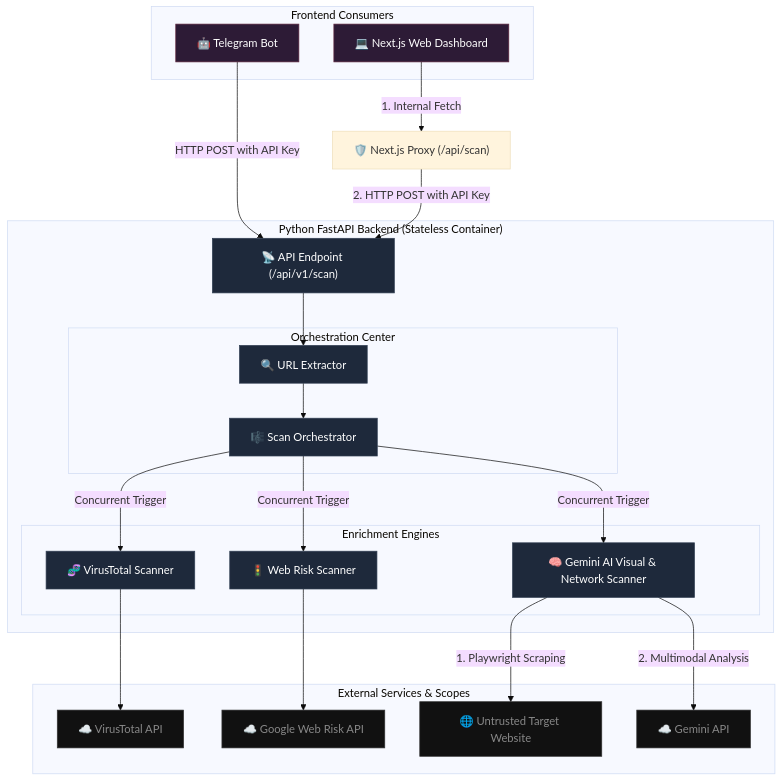
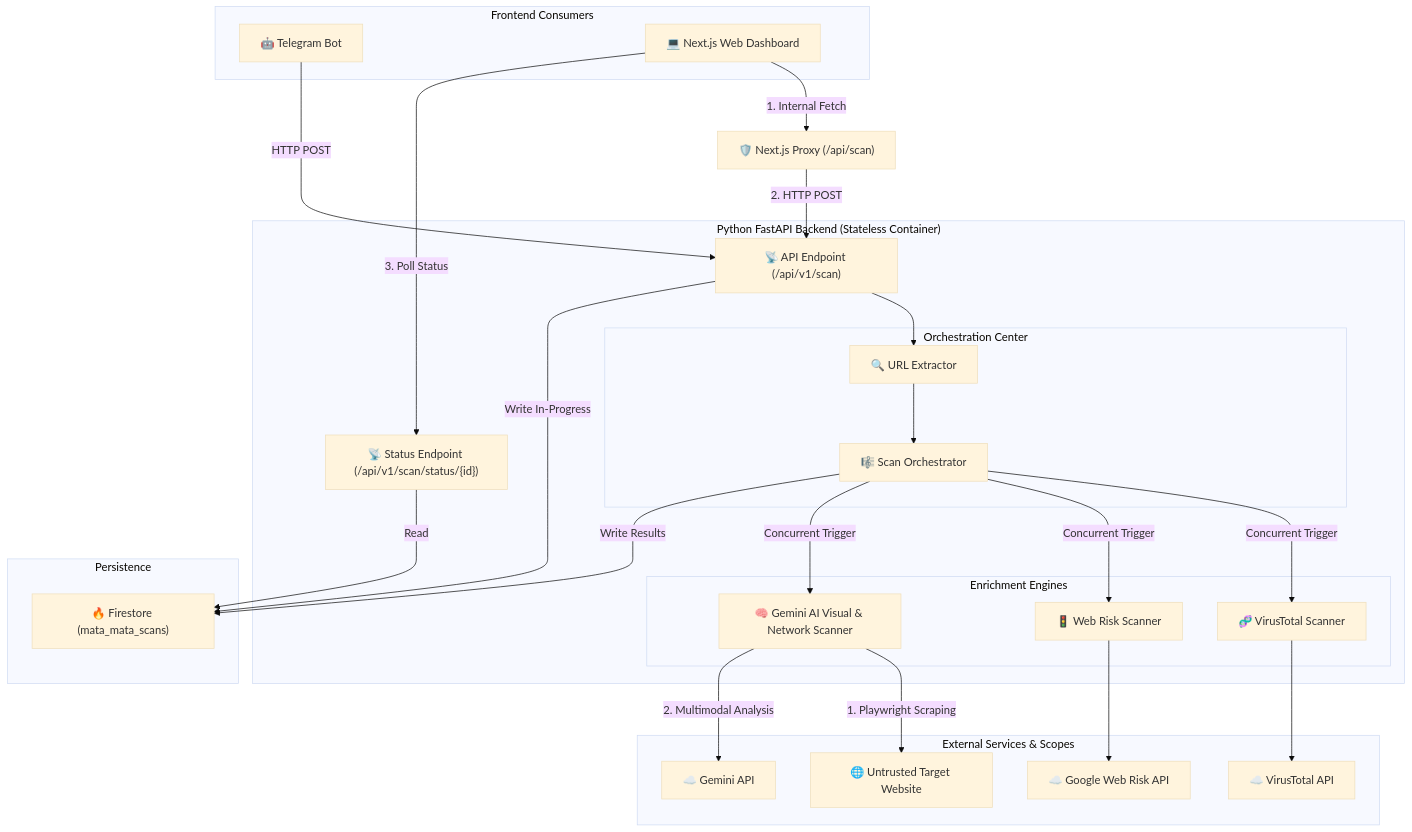
One commit to repulsivityy/project_mata_mata changed the first of 2 diagrams in docs/ARCHITECTURE.MD. Above: the diagram before and after it, drawn with Mermaid (base theme). The commit also changed other lines of this file and 3 other files, not shown here.

````diff
--- a/docs/ARCHITECTURE.MD
+++ b/docs/ARCHITECTURE.MD
@@ -9,58 +9,62 @@
 ```mermaid
 graph TD
     subgraph Clients ["Frontend Consumers"]
         Telegram["🤖 Telegram Bot"]
         WebUI["💻 Next.js Web Dashboard"]
     end
 
     subgraph Backend ["Python FastAPI Backend (Stateless Container)"]
         API["📡 API Endpoint (/api/v1/scan)"]
+        Status["📡 Status Endpoint (/api/v1/scan/status/{id})"]
         
         subgraph Core ["Orchestration Center"]
             Extract["🔍 URL Extractor"]
             Orch["🎼 Scan Orchestrator"]
         end
 
         subgraph Scanners ["Enrichment Engines"]
             VT["🧬 VirusTotal Scanner"]
             WR["🚦 Web Risk Scanner"]
             AI["🧠 Gemini AI Visual & Network Scanner"]
         end
     end
 
+    subgraph Data ["Persistence"]
+        FS["🔥 Firestore (mata_mata_scans)"]
+    end
+
     subgraph External ["External Services & Scopes"]
         TargetWeb["🌐 Untrusted Target Website"]
         VTAPI["☁️ VirusTotal API"]
         WRAPI["☁️ Google Web Risk API"]
         GeminiAPI["☁️ Gemini API"]
     end
 
     %% Client Interactions
-    Telegram -->|HTTP POST with API Key| API
+    Telegram -->|HTTP POST| API
     WebUI -->|1. Internal Fetch| Proxy["🛡️ Next.js Proxy (/api/scan)"]
-    Proxy -->|2. HTTP POST with API Key| API
-
+    Proxy -->|2. HTTP POST| API
+    
+    %% Polling
+    WebUI -->|3. Poll Status| Status
+    Status -->|Read| FS
+    
     %% Internal Routing
     API --> Extract
     Extract --> Orch
+    API -->|Write In-Progress| FS
 
     %% Orchestration
     Orch -->|Concurrent Trigger| VT
     Orch -->|Concurrent Trigger| WR
     Orch -->|Concurrent Trigger| AI
 
     %% Data Fetching
     VT --> VTAPI
     WR --> WRAPI
     AI -->|1. Playwright Scraping| TargetWeb
     AI -->|2. Multimodal Analysis| GeminiAPI
 
-    %% Styling
-    classDef client fill:#2D1B36,stroke:#612940,color:#FFF;
-    classDef backend fill:#1E293B,stroke:#334155,color:#FFF;
-    classDef extern fill:#111,stroke:#333,color:#888;
-    
-    class Telegram,WebUI client;
-    class API,Extract,Orch,VT,WR,AI backend;
-    class TargetWeb,VTAPI,WRAPI,GeminiAPI extern;
+    %% Results
+    Orch -->|Write Results| FS
 ```
````
